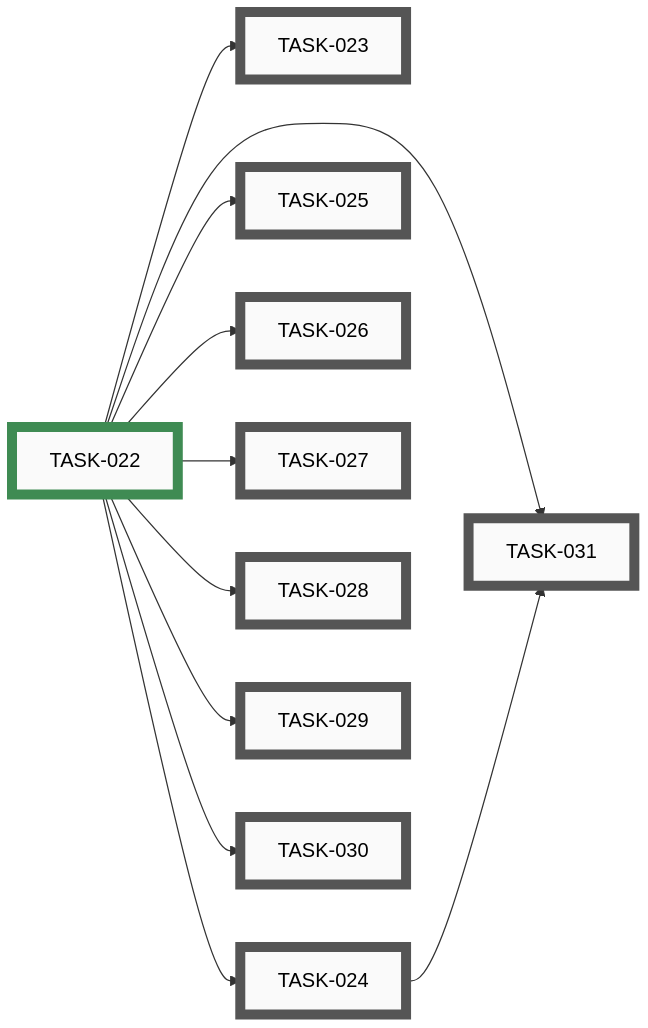
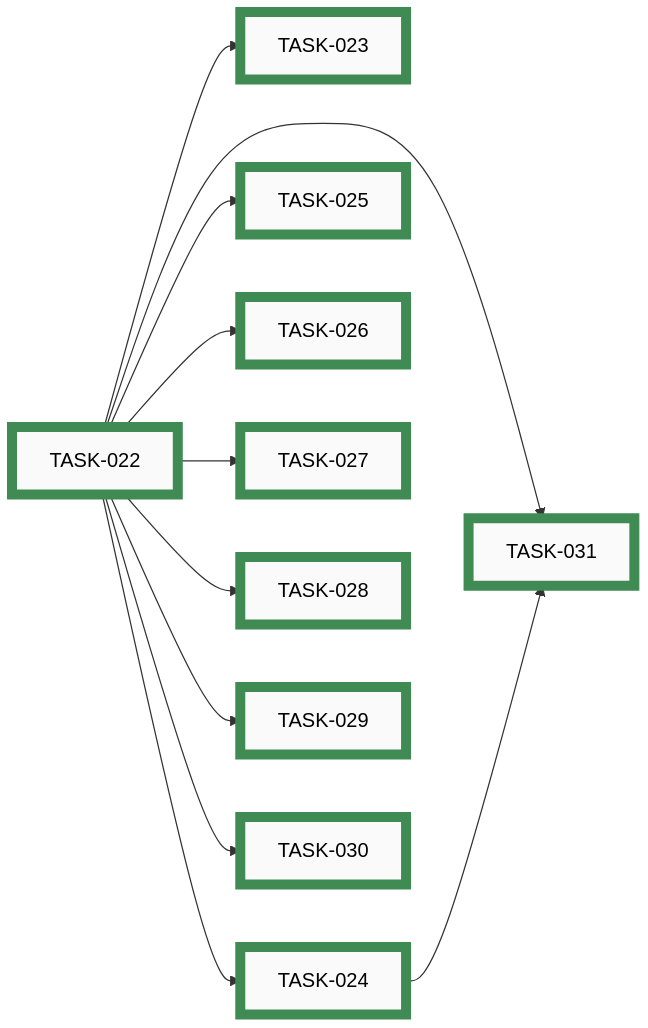
Before and after one commit to tgd1975/PartsLedger: the fourth of 9 diagrams in docs/developers/tasks/EPICS.md, drawn with Mermaid. The commit also changed other lines of this file and 35 other files, not shown here.

````diff
--- a/docs/developers/tasks/EPICS.md
+++ b/docs/developers/tasks/EPICS.md
@@ -183,41 +183,41 @@
 ```mermaid
 graph LR
-    TASK_023["TASK-023"]:::open
-    TASK_024["TASK-024"]:::open
-    TASK_025["TASK-025"]:::open
-    TASK_026["TASK-026"]:::open
-    TASK_027["TASK-027"]:::open
-    TASK_028["TASK-028"]:::open
-    TASK_029["TASK-029"]:::open
-    TASK_030["TASK-030"]:::open
-    TASK_031["TASK-031"]:::open
     TASK_022["TASK-022"]:::closed
+    TASK_023["TASK-023"]:::closed
+    TASK_024["TASK-024"]:::closed
+    TASK_025["TASK-025"]:::closed
+    TASK_026["TASK-026"]:::closed
+    TASK_027["TASK-027"]:::closed
+    TASK_028["TASK-028"]:::closed
+    TASK_029["TASK-029"]:::closed
+    TASK_030["TASK-030"]:::closed
+    TASK_031["TASK-031"]:::closed
     TASK_022 --> TASK_023
     TASK_022 --> TASK_024
     TASK_022 --> TASK_025
     TASK_022 --> TASK_026
     TASK_022 --> TASK_027
     TASK_022 --> TASK_028
     TASK_022 --> TASK_029
     TASK_022 --> TASK_030
     TASK_022 --> TASK_031
     TASK_024 --> TASK_031
-    click TASK_023 "open/task-023-releasing-docs-and-release-skill.md"
-    click TASK_024 "open/task-024-github-workflows.md"
-    click TASK_025 "open/task-025-uv-lock.md"
-    click TASK_026 "open/task-026-portability-lint.md"
-    click TASK_027 "open/task-027-shim-convention-doc.md"
-    click TASK_028 "open/task-028-scripts-drift-audit.md"
-    click TASK_029 "open/task-029-optional-dependencies-extras.md"
-    click TASK_030 "open/task-030-adr-0001-library-as-installable-package.md"
-    click TASK_031 "open/task-031-bootstrap-readme-quickstart.md"
     click TASK_022 "closed/task-022-adopt-src-layout.md"
+    click TASK_023 "closed/task-023-releasing-docs-and-release-skill.md"
+    click TASK_024 "closed/task-024-github-workflows.md"
+    click TASK_025 "closed/task-025-uv-lock.md"
+    click TASK_026 "closed/task-026-portability-lint.md"
+    click TASK_027 "closed/task-027-shim-convention-doc.md"
+    click TASK_028 "closed/task-028-scripts-drift-audit.md"
+    click TASK_029 "closed/task-029-optional-dependencies-extras.md"
+    click TASK_030 "closed/task-030-adr-0001-library-as-installable-package.md"
+    click TASK_031 "closed/task-031-bootstrap-readme-quickstart.md"
     classDef open    fill:#FAFAFA,stroke:#555,stroke-width:8px,color:#000
     classDef active  fill:#FAFAFA,stroke:#1A6FA8,stroke-width:8px,color:#000
     classDef closed  fill:#FAFAFA,stroke:#3F8B53,stroke-width:8px,color:#000
     classDef paused  fill:#FAFAFA,stroke:#B07810,stroke-width:8px,color:#000
     classDef openExt    fill:#000,stroke:#888,stroke-width:8px,color:#FFF
     classDef activeExt  fill:#000,stroke:#3FA9F5,stroke-width:8px,color:#FFF
     classDef closedExt  fill:#000,stroke:#7CC68A,stroke-width:8px,color:#FFF
     classDef pausedExt  fill:#000,stroke:#F0B030,stroke-width:8px,color:#FFF
 ```
````
